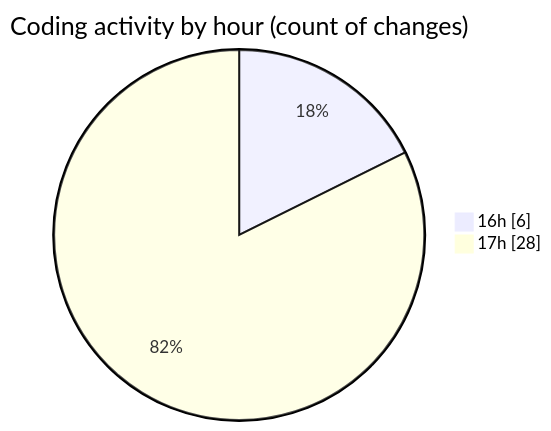
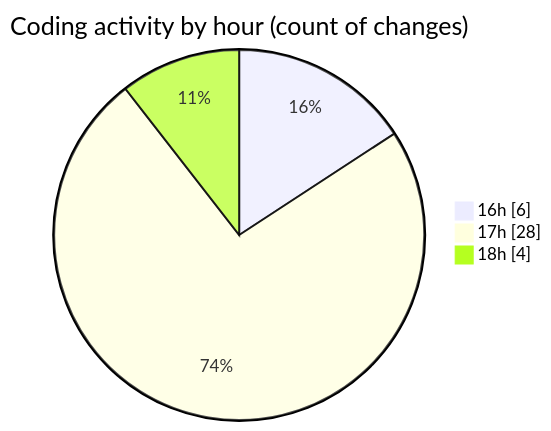
The second of 2 diagrams in 2025-06-24/scopecraft/README.md (Ritupan-Deka/code-tracking), drawn with Mermaid before and after one commit. The commit also changed other lines of this file and 1 other file, not shown here.

````diff
--- a/2025-06-24/scopecraft/README.md
+++ b/2025-06-24/scopecraft/README.md
@@ -38,6 +39,7 @@
 ```mermaid
 pie showData
 title Coding activity by hour (count of changes)
 "16h" : 6
 "17h" : 28
+"18h" : 4
 ```
````
